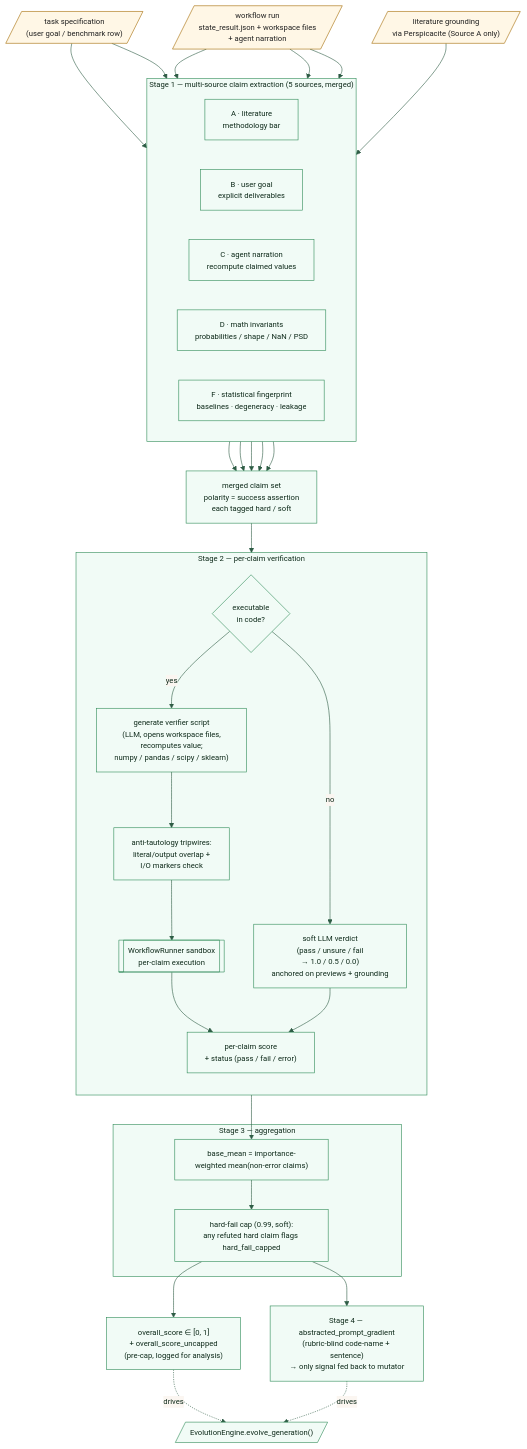
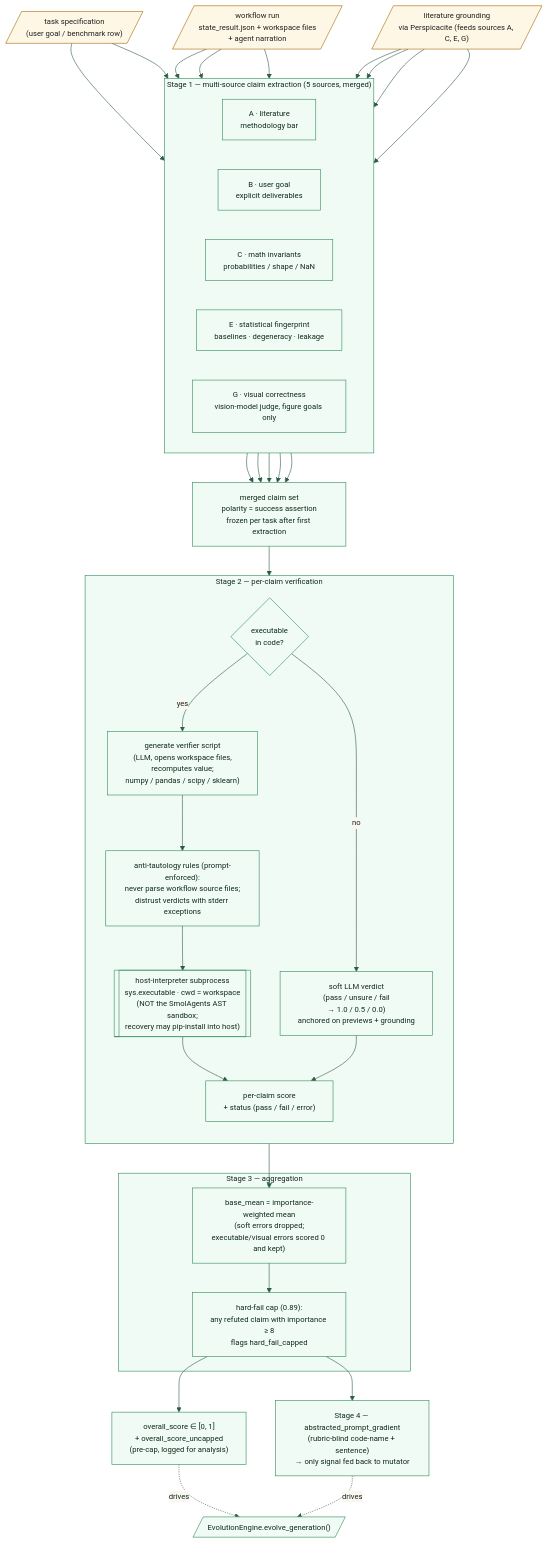
Before and after one commit to HolobiomicsLab/Mimosa-AI: the diagram in docs/diagrams/verifiers_judge.mermaid, drawn with Mermaid. The commit also changed 15 other files, not shown here.

```diff
--- a/docs/diagrams/verifiers_judge.mermaid
+++ b/docs/diagrams/verifiers_judge.mermaid
@@ -1,75 +1,78 @@
 %%{init: {"theme": "base", "themeVariables": {
   "primaryColor": "#F1FBF6",
   "primaryBorderColor": "#2E8B57",
   "primaryTextColor": "#0E2A1A",
   "lineColor": "#2E5C45",
   "fontSize": "13px"
 }} }%%
 flowchart TB
     %% ===== inputs =====
     Run[/"workflow run<br/>state_result.json + workspace files<br/>+ agent narration"/]
     TaskSpec[/"task specification<br/>(user goal / benchmark row)"/]
-    Lit[/"literature grounding<br/>via Perspicacite (Source A only)"/]
+    Lit[/"literature grounding<br/>via Perspicacite (feeds sources A, C, E, G)"/]
 
     %% ===== Stage 1: multi-source claim extraction =====
     subgraph Extract["Stage 1 — multi-source claim extraction (5 sources, merged)"]
         direction LR
         SA["A · literature<br/>methodology bar"]
         SB["B · user goal<br/>explicit deliverables"]
-        SC["C · agent narration<br/>recompute claimed values"]
-        SD["D · math invariants<br/>probabilities / shape / NaN / PSD"]
-        SF["F · statistical fingerprint<br/>baselines · degeneracy · leakage"]
+        SC["C · math invariants<br/>probabilities / shape / NaN"]
+        SE["E · statistical fingerprint<br/>baselines · degeneracy · leakage"]
+        SG["G · visual correctness<br/>vision-model judge, figure goals only"]
     end
     TaskSpec --> SA
     TaskSpec --> SB
     Run --> SC
-    Run --> SD
-    Run --> SF
+    Run --> SE
+    Run --> SG
     Lit --> SA
+    Lit --> SC
+    Lit --> SE
+    Lit --> SG
 
-    Claims["merged claim set<br/>polarity = success assertion<br/>each tagged hard / soft"]
+    Claims["merged claim set<br/>polarity = success assertion<br/>frozen per task after first extraction"]
     SA --> Claims
     SB --> Claims
     SC --> Claims
-    SD --> Claims
-    SF --> Claims
+    SE --> Claims
+    SG --> Claims
 
     %% ===== Stage 2: per-claim verification =====
     subgraph Pipeline["Stage 2 — per-claim verification"]
         direction TB
         Classify{"executable<br/>in code?"}
         GenScript["generate verifier script<br/>(LLM, opens workspace files,<br/>recomputes value;<br/>numpy / pandas / scipy / sklearn)"]
-        AntiTaut["anti-tautology tripwires:<br/>literal/output overlap +<br/>I/O markers check"]
-        Sandbox[["WorkflowRunner sandbox<br/>per-claim execution"]]
+        AntiTaut["anti-tautology rules (prompt-enforced):<br/>never parse workflow source files;<br/>distrust verdicts with stderr exceptions"]
+        Subproc[["host-interpreter subprocess<br/>sys.executable · cwd = workspace<br/>(NOT the SmolAgents AST sandbox;<br/>recovery may pip-install into host)"]]
         Soft["soft LLM verdict<br/>(pass / unsure / fail<br/>→ 1.0 / 0.5 / 0.0)<br/>anchored on previews + grounding"]
         ScoreClaim["per-claim score<br/>+ status (pass / fail / error)"]
     end
 
     Claims --> Classify
     Classify -- yes --> GenScript
     GenScript --> AntiTaut
-    AntiTaut --> Sandbox
-    Sandbox --> ScoreClaim
+    AntiTaut --> Subproc
+    Subproc --> ScoreClaim
     Classify -- no --> Soft
     Soft --> ScoreClaim
 
     %% ===== Stage 3: aggregation =====
     subgraph Aggregate["Stage 3 — aggregation"]
-        Mean["base_mean = importance-weighted mean(non-error claims)"]
-        Cap["hard-fail cap (0.99, soft):<br/>any refuted hard claim flags hard_fail_capped"]
+        Mean["base_mean = importance-weighted mean<br/>(soft errors dropped;<br/>executable/visual errors scored 0 and kept)"]
+        Cap["hard-fail cap (0.89):<br/>any refuted claim with importance ≥ 8<br/>flags hard_fail_capped"]
     end
 
     ScoreClaim --> Mean
     Mean --> Cap
 
     %% ===== Stage 4: abstracted prompt gradient =====
     Cap --> Overall["overall_score ∈ [0, 1]<br/>+ overall_score_uncapped<br/>(pre-cap, logged for analysis)"]
     Cap --> Diag["Stage 4 — abstracted_prompt_gradient<br/>(rubric-blind code-name + sentence)<br/>→ only signal fed back to mutator"]
     Overall -. drives .-> Loop[/"EvolutionEngine.evolve_generation()"/]
     Diag -. drives .-> Loop
 
     %% ===== styling =====
     classDef stage fill:#F1FBF6,stroke:#2E8B57,stroke-width:1px,color:#0E2A1A;
     classDef external fill:#FFF7E6,stroke:#A36A00,color:#202020;
     class Extract,Pipeline,Aggregate stage;
     class Run,TaskSpec,Lit external;
```
